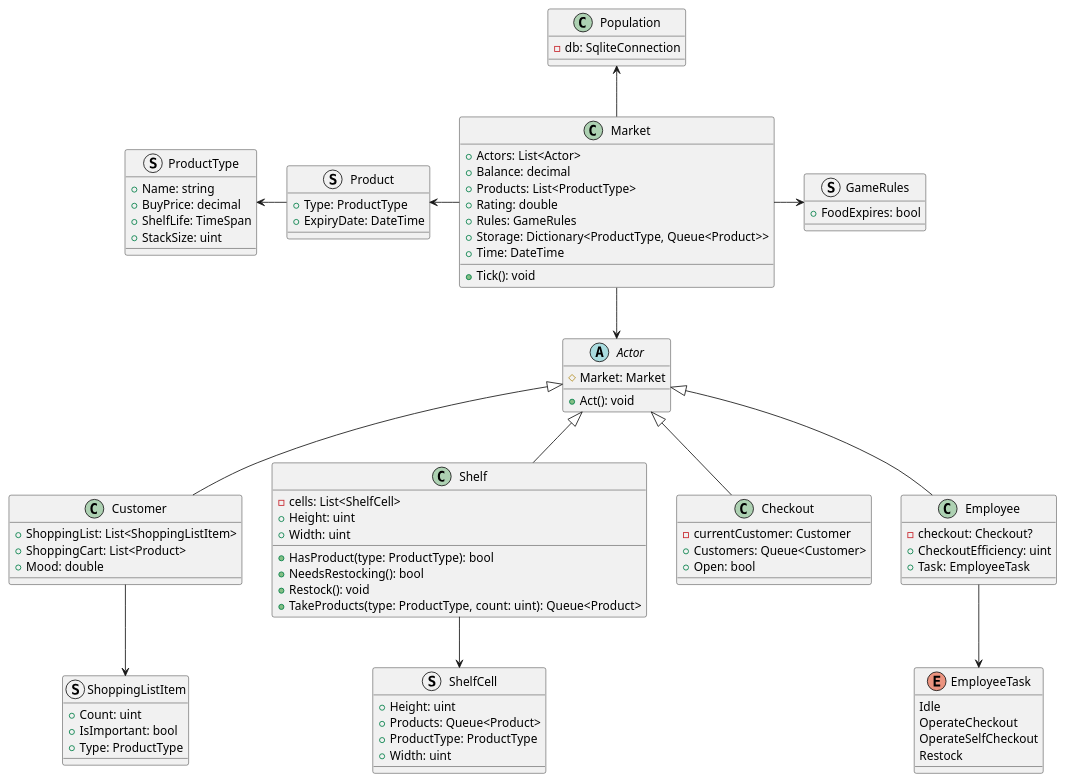
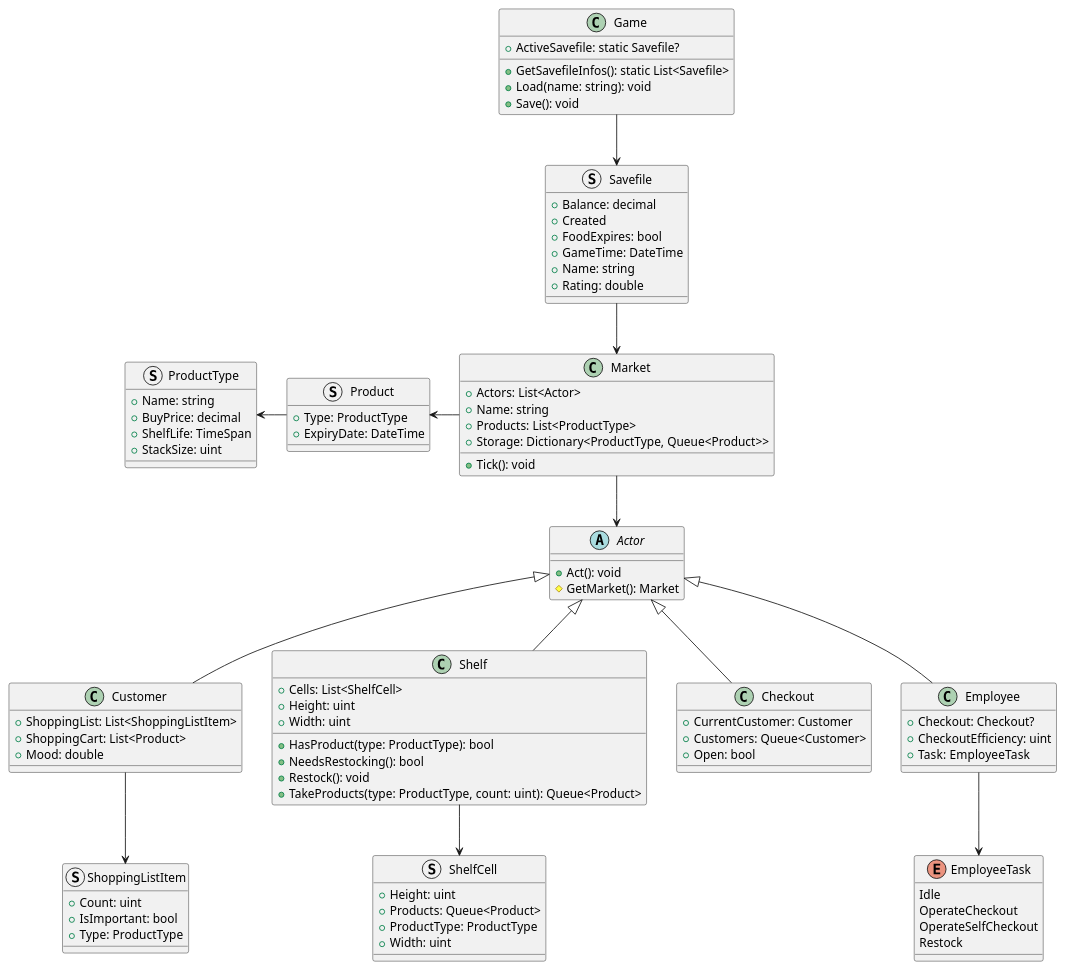
Before and after one commit to ebsksjk/untitled-tycoon-game: the diagram in notizen/diagram.plantuml, drawn with PlantUML.

Commit message:
Edited uml to reflect using json instead of sqlite for savefiles

```diff
--- a/notizen/diagram.plantuml
+++ b/notizen/diagram.plantuml
@@ -1,97 +1,102 @@
 @startuml untitled-tycoon-game
 struct ProductType {
     +Name: string
     +BuyPrice: decimal
     +ShelfLife: TimeSpan
     +StackSize: uint
 }
 struct Product {
     +Type: ProductType
     +ExpiryDate: DateTime
 }
 Product -left-> ProductType
 
 abstract class Actor {
-    #Market: Market
     +Act(): void
+    #GetMarket(): Market
 }
 
 struct ShoppingListItem {
     +Count: uint
     +IsImportant: bool
     +Type: ProductType
 }
 
 class Customer {
     +ShoppingList: List<ShoppingListItem>
     +ShoppingCart: List<Product>
     +Mood: double
 }
 Customer -up-|> Actor
 Customer -down-> ShoppingListItem
 
 struct ShelfCell {
     +Height: uint
     +Products: Queue<Product>
     +ProductType: ProductType
     +Width: uint
 }
 
 class Shelf {
-    -cells: List<ShelfCell>
+    +Cells: List<ShelfCell>
     +Height: uint
     +Width: uint
     +HasProduct(type: ProductType): bool
     +NeedsRestocking(): bool
     +Restock(): void
     +TakeProducts(type: ProductType, count: uint): Queue<Product>
 }
 Shelf -up-|> Actor
 Shelf -down-> ShelfCell
 
 class Checkout {
-    -currentCustomer: Customer
+    +CurrentCustomer: Customer
     +Customers: Queue<Customer>
     +Open: bool
 }
 Checkout -up-|> Actor
 
 enum EmployeeTask  {
     Idle
     OperateCheckout
     OperateSelfCheckout
     Restock
 }
 
 class Employee {
-    -checkout: Checkout?
+    +Checkout: Checkout?
     +CheckoutEfficiency: uint
     +Task: EmployeeTask
 }
 Employee -up-|> Actor
 Employee --> EmployeeTask
 
-struct GameRules {
-    +FoodExpires: bool
-}
-
-class Population {
-    -db: SqliteConnection
-}
-
 class Market {
     +Actors: List<Actor>
-    +Balance: decimal
+    +Name: string
     +Products: List<ProductType>
-    +Rating: double
-    +Rules: GameRules
     +Storage: Dictionary<ProductType, Queue<Product>>
+    
     +Tick(): void
-    +Time: DateTime
 }
 Market --> Actor
 Market -left-> Product
-Market -right-> GameRules
-Market -up-> Population
 
+struct Savefile {
+    +Balance: decimal
+    +Created
+    +FoodExpires: bool
+    +GameTime: DateTime
+    +Name: string
+    +Rating: double
+}
+Savefile -down-> Market
+
+class Game {
+    +ActiveSavefile: static Savefile?
+    +GetSavefileInfos(): static List<Savefile>
+    +Load(name: string): void
+    +Save(): void
+}
+Game -down-> Savefile
 @enduml
```
